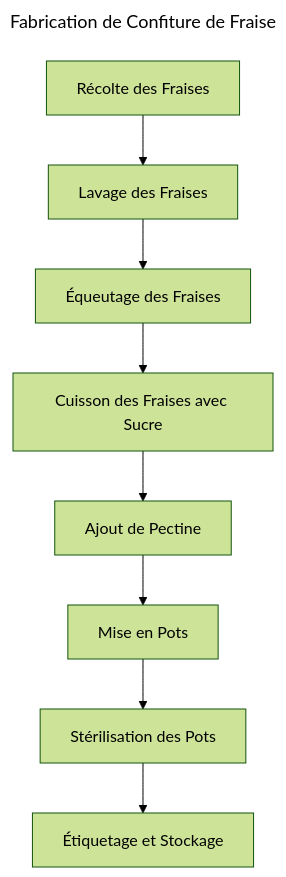
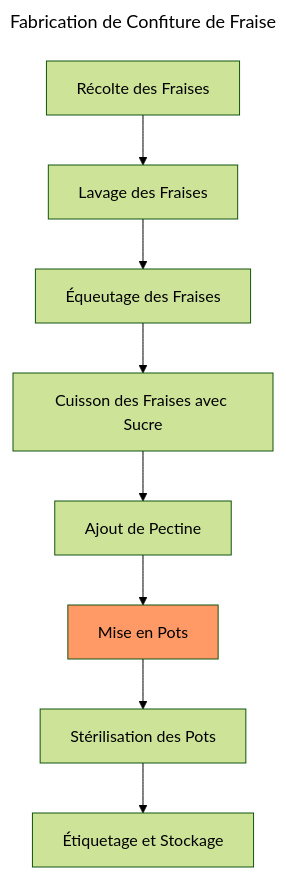
The fourth of 9 diagrams in AutB_MOD_01_System_Engineering/README.md (hei-synd-autb/autb-docs), drawn with Mermaid (forest theme) before and after one commit. The commit also changed other lines of this file and 1 other file, not shown here.

````diff
--- a/AutB_MOD_01_System_Engineering/README.md
+++ b/AutB_MOD_01_System_Engineering/README.md
@@ -136,14 +186,18 @@
 ```mermaid
 ---
 title: Fabrication de Confiture de Fraise
 ---
 
 flowchart TD
+    F:::someclass
+    
     A[Récolte des Fraises] --> B[Lavage des Fraises]
     B --> C[Équeutage des Fraises]
     C --> D[Cuisson des Fraises avec Sucre]
     D --> E[Ajout de Pectine]
     E --> F[Mise en Pots]
     F --> G[Stérilisation des Pots]
     G --> H[Étiquetage et Stockage]
+
+    classDef someclass fill:#f96
 ```
````
